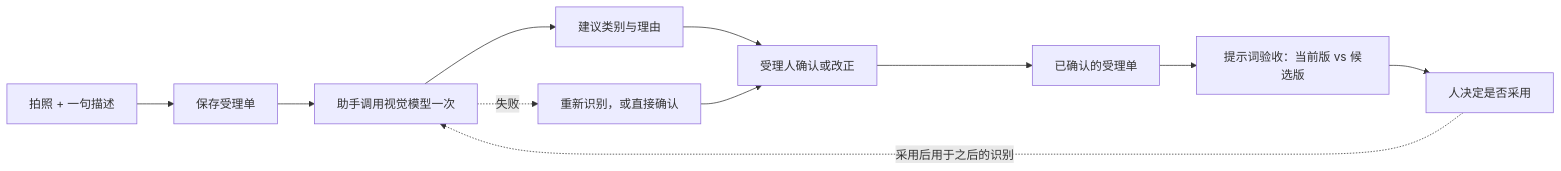
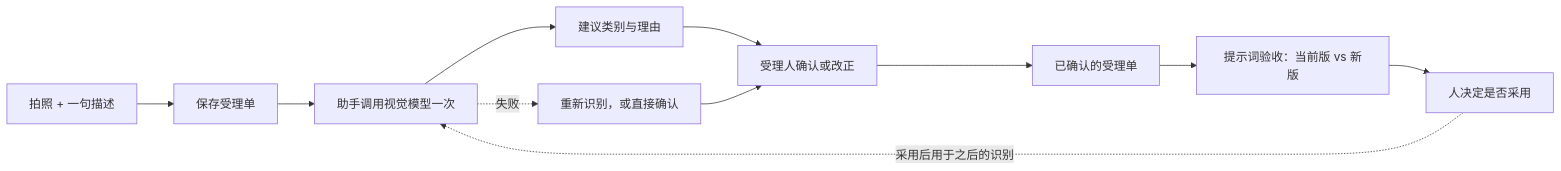
Before and after one commit to xpert-ai/xpert-plugins: the diagram in community/apps/photo-intake/README.md, drawn with Mermaid. The commit also changed other lines of this file and 22 other files, not shown here.

````diff
--- a/community/apps/photo-intake/README.md
+++ b/community/apps/photo-intake/README.md
@@ -13,13 +13,13 @@
 ```mermaid
 flowchart LR
   A[拍照 + 一句描述] --> B[保存受理单]
   B --> C[助手调用视觉模型一次]
   C --> D[建议类别与理由]
   D --> E[受理人确认或改正]
   E --> F[已确认的受理单]
   C -. 失败 .-> R[重新识别，或直接确认]
   R --> E
-  F --> G[提示词验收：当前版 vs 候选版]
+  F --> G[提示词验收：当前版 vs 新版]
   G --> H[人决定是否采用]
   H -. 采用后用于之后的识别 .-> C
 ```
````
